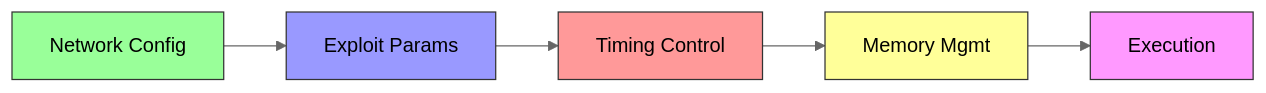
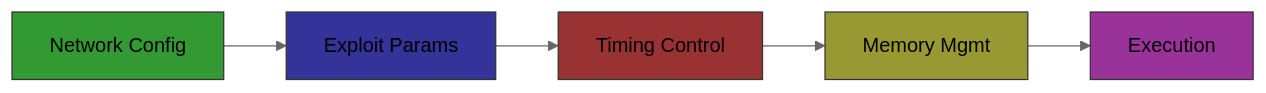
The fourth of 5 diagrams in README.md (ayasns/Smart-PPPwn), drawn with Mermaid (neutral theme) before and after one commit.

````diff
--- a/README.md
+++ b/README.md
@@ -173,13 +173,13 @@
 ```mermaid
 flowchart LR
     A[Network Config] --> B[Exploit Params]
     B --> C[Timing Control]
     C --> D[Memory Mgmt]
     D --> E[Execution]
     
-    style A fill:#9f9,stroke:#333
-    style B fill:#99f,stroke:#333
-    style C fill:#f99,stroke:#333
-    style D fill:#ff9,stroke:#333
-    style E fill:#f9f,stroke:#333
+style A fill:#393,stroke:#333
+style B fill:#339,stroke:#333
+style C fill:#933,stroke:#333
+style D fill:#993,stroke:#333
+style E fill:#939,stroke:#333
 ```
````
